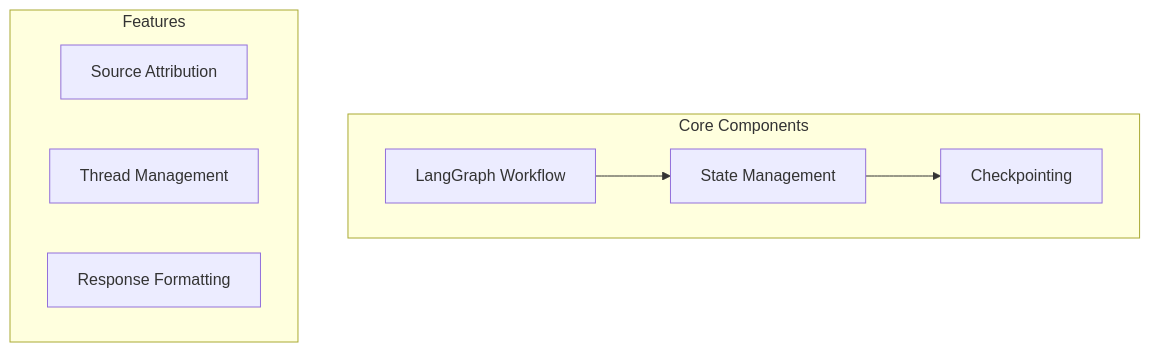
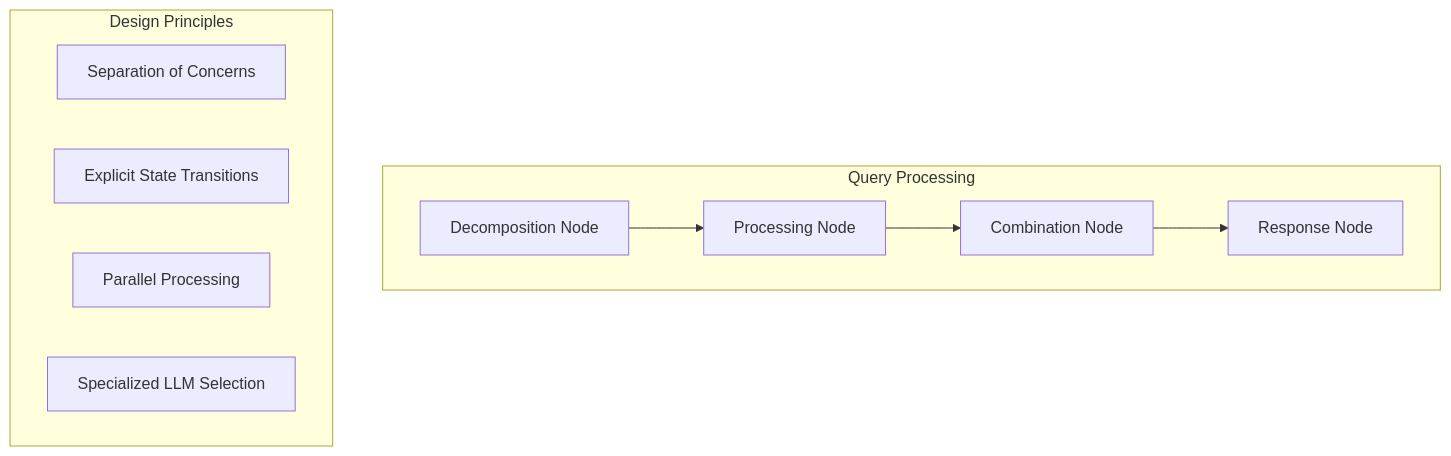
Before and after one commit to laialex501/lorechat-container: the diagram in memory-bank/activeContext.md, drawn with Mermaid. The commit also changed other lines of this file and 18 other files, not shown here.

Commit message:
Add agentic conversation flow

````diff
--- a/memory-bank/activeContext.md
+++ b/memory-bank/activeContext.md
@@ -25,13 +29,15 @@
 ```mermaid
 graph TD
-    subgraph "Core Components"
-        A[LangGraph Workflow] --> B[State Management]
-        B --> C[Checkpointing]
+    subgraph "Query Processing"
+        A[Decomposition Node] --> B[Processing Node]
+        B --> C[Combination Node]
+        C --> D[Response Node]
     end
     
-    subgraph "Features"
-        D[Source Attribution]
-        E[Thread Management]
-        F[Response Formatting]
+    subgraph "Design Principles"
+        E[Separation of Concerns]
+        F[Explicit State Transitions]
+        G[Parallel Processing]
+        H[Specialized LLM Selection]
     end
 ```
````
